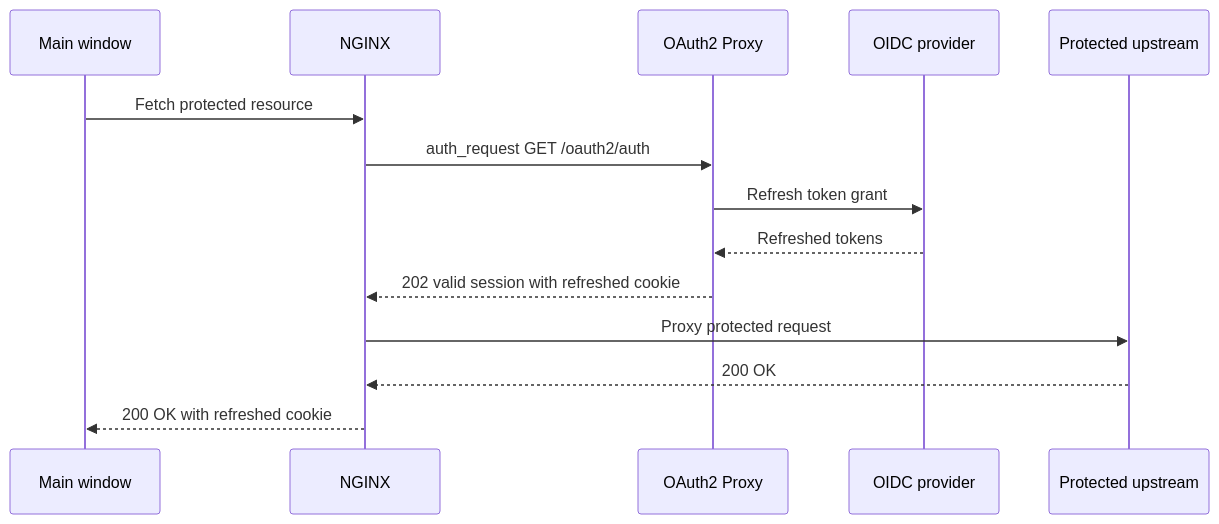
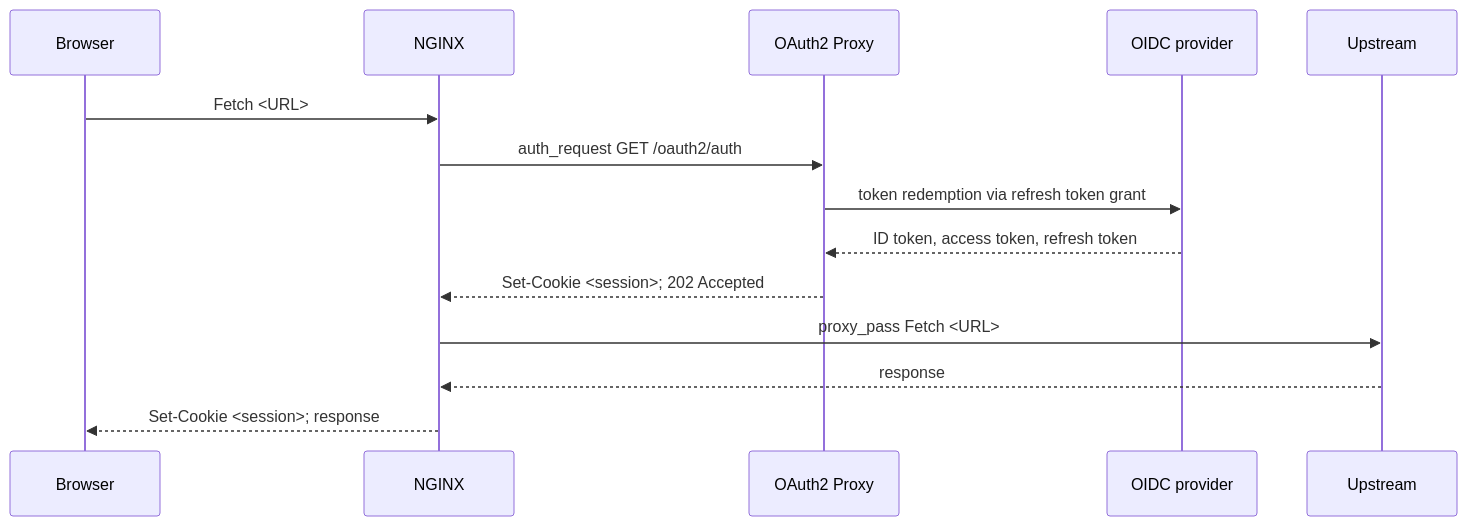
The second of 6 diagrams in docs/session-lifecycle.md (blakearoberts/visage), drawn with Mermaid before and after one commit. The commit also changed other lines of this file and 13 other files, not shown here.

````diff
--- a/docs/session-lifecycle.md
+++ b/docs/session-lifecycle.md
@@ -39,17 +39,17 @@
 ```mermaid
 sequenceDiagram
-  participant Main as Main window
+  participant Browser
   participant NGINX
   participant Proxy as OAuth2 Proxy
   participant IdP as OIDC provider
-  participant API as Protected upstream
+  participant Upstream
 
-  Main->>NGINX: Fetch protected resource
+  Browser->>NGINX: Fetch <URL>
   NGINX->>Proxy: auth_request GET /oauth2/auth
-  Proxy->>IdP: Refresh token grant
-  IdP-->>Proxy: Refreshed tokens
-  Proxy-->>NGINX: 202 valid session with refreshed cookie
-  NGINX->>API: Proxy protected request
-  API-->>NGINX: 200 OK
-  NGINX-->>Main: 200 OK with refreshed cookie
+  Proxy->>IdP: token redemption via refresh token grant
+  IdP-->>Proxy: ID token, access token, refresh token
+  Proxy-->>NGINX: Set-Cookie <session>#59; 202 Accepted
+  NGINX->>Upstream: proxy_pass Fetch <URL>
+  Upstream-->>NGINX: response
+  NGINX-->>Browser: Set-Cookie <session>#59; response
 ```
````
